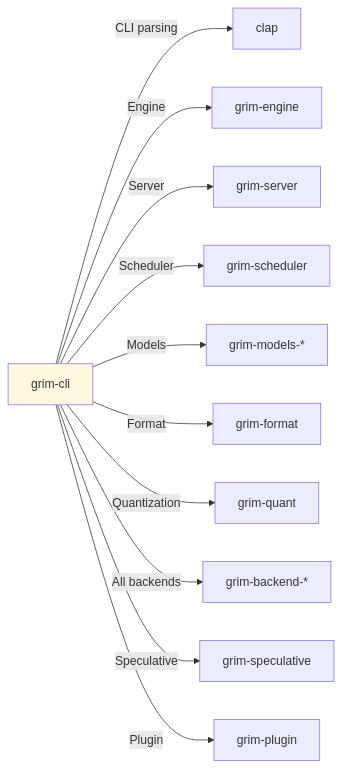
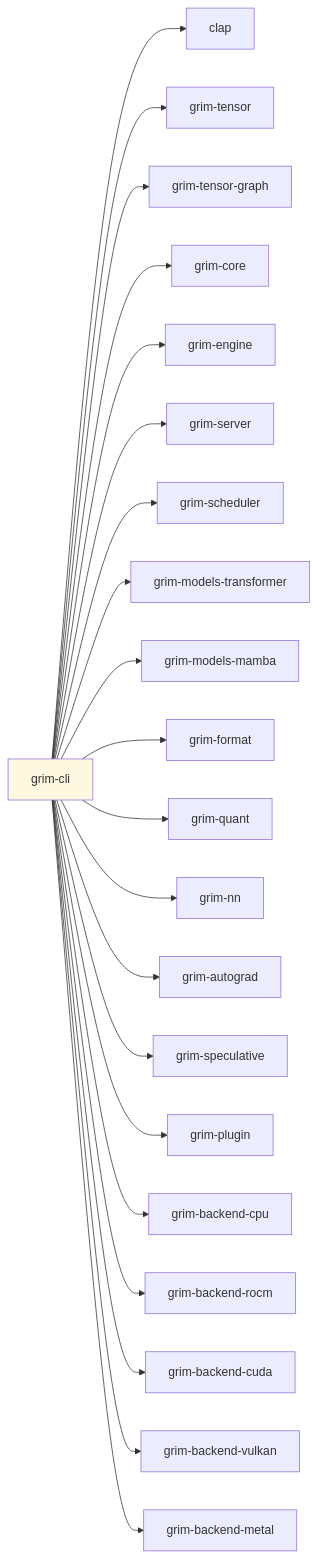
Before and after one commit to sydonayrex/grim: the diagram in crates/grim-cli/README.md, drawn with Mermaid. The commit also changed other lines of this file and 55 other files, not shown here.

````diff
--- a/crates/grim-cli/README.md
+++ b/crates/grim-cli/README.md
@@ -25,15 +31,25 @@
 ```mermaid
 graph LR
-    A[grim-cli] -->|CLI parsing| B[clap]
-    A -->|Engine| C[grim-engine]
-    A -->|Server| D[grim-server]
-    A -->|Scheduler| E[grim-scheduler]
-    A -->|Models| F[grim-models-*]
-    A -->|Format| G[grim-format]
-    A -->|Quantization| H[grim-quant]
-    A -->|All backends| I[grim-backend-*]
-    A -->|Speculative| J[grim-speculative]
-    A -->|Plugin| K[grim-plugin]
-    
+    A[grim-cli] --> B[clap]
+    A --> C[grim-tensor]
+    A --> D[grim-tensor-graph]
+    A --> E[grim-core]
+    A --> F[grim-engine]
+    A --> G[grim-server]
+    A --> H[grim-scheduler]
+    A --> I[grim-models-transformer]
+    A --> J[grim-models-mamba]
+    A --> K[grim-format]
+    A --> L[grim-quant]
+    A --> M[grim-nn]
+    A --> N[grim-autograd]
+    A --> O[grim-speculative]
+    A --> P[grim-plugin]
+    A --> Q[grim-backend-cpu]
+    A --> R[grim-backend-rocm]
+    A --> S[grim-backend-cuda]
+    A --> T[grim-backend-vulkan]
+    A --> U[grim-backend-metal]
+
     style A fill:#fff8e1
 ```
````
